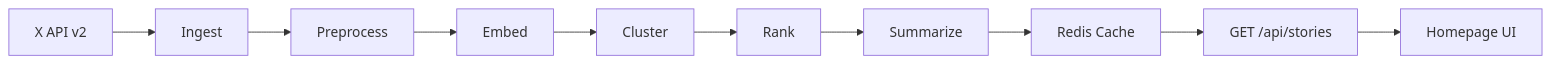
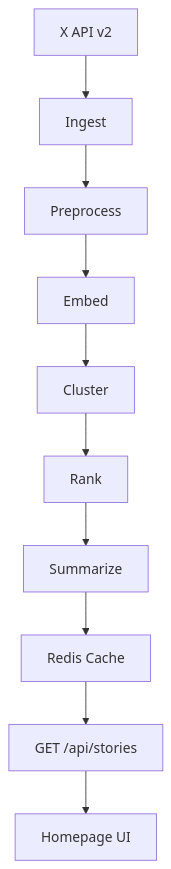
Before and after one commit to VikramChandraNarra/vikramxai: the first of 2 diagrams in README.md, drawn with Mermaid. The commit also changed other lines of this file, not shown here.

`````diff
--- a/README.md
+++ b/README.md
@@ -24,12 +15,12 @@
 ```mermaid
-flowchart LR
+flowchart TD
     A[X API v2] --> B[Ingest]
     B --> C[Preprocess]
     C --> D[Embed]
     D --> E[Cluster]
     E --> F[Rank]
     F --> G[Summarize]
     G --> H[Redis Cache]
-    H --> I[GET /api/stories]
+    H --> I["GET /api/stories"]
     I --> J[Homepage UI]
-````
+```
`````
